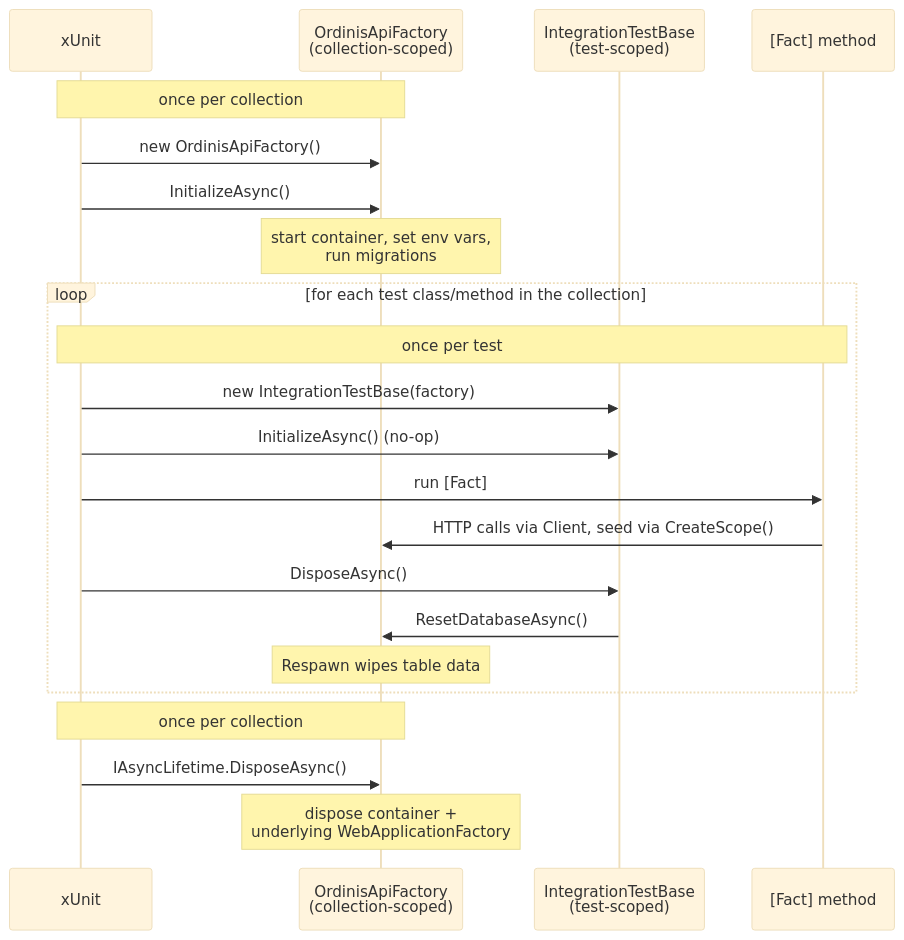
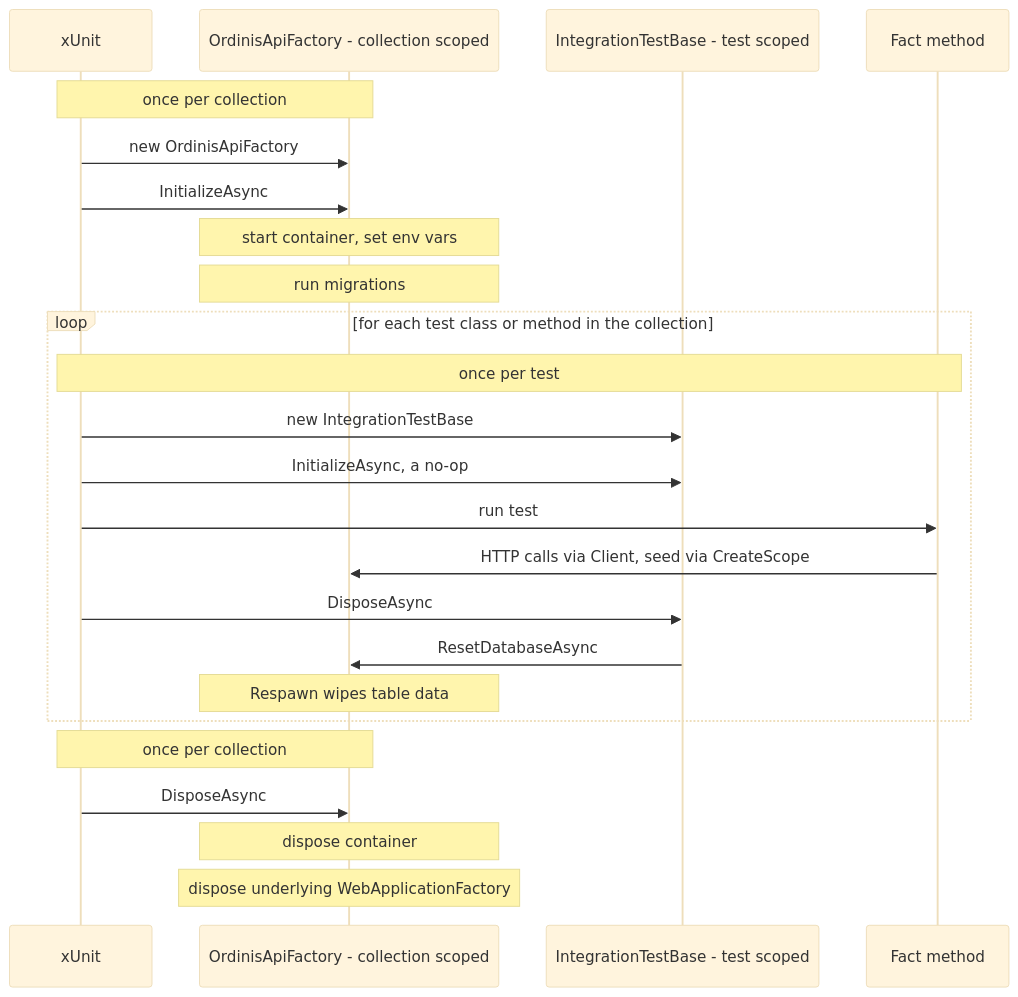
Before and after one commit to stachada/ProjectManagementApi: the second of 2 diagrams in docs/INTEGRATION_TESTS.md, drawn with Mermaid (base theme). The commit also changed other lines of this file, not shown here.

Commit message:
docs: fix Mermaid sequence diagrams in INTEGRATION_TESTS.md (#86)
GitHub's Mermaid renderer failed to parse the ConfigureWebHost and
fixture-lifecycle sequence diagrams due to <br/> tags and HTML entities
(&lt;/&gt;) inside Note/participant text. Replaced with plain text and
split multi-line notes into consecutive Note lines instead.

````diff
--- a/docs/INTEGRATION_TESTS.md
+++ b/docs/INTEGRATION_TESTS.md
@@ -148,27 +152,29 @@
 ```mermaid
 sequenceDiagram
     participant xUnit
-    participant Factory as OrdinisApiFactory<br/>(collection-scoped)
-    participant Base as IntegrationTestBase<br/>(test-scoped)
-    participant Test as [Fact] method
+    participant Factory as OrdinisApiFactory - collection scoped
+    participant Base as IntegrationTestBase - test scoped
+    participant Test as Fact method
 
     Note over xUnit,Factory: once per collection
-    xUnit->>Factory: new OrdinisApiFactory()
-    xUnit->>Factory: InitializeAsync()
-    Note over Factory: start container, set env vars,<br/>run migrations
+    xUnit->>Factory: new OrdinisApiFactory
+    xUnit->>Factory: InitializeAsync
+    Note over Factory: start container, set env vars
+    Note over Factory: run migrations
 
-    loop for each test class/method in the collection
+    loop for each test class or method in the collection
         Note over xUnit,Test: once per test
-        xUnit->>Base: new IntegrationTestBase(factory)
-        xUnit->>Base: InitializeAsync() (no-op)
-        xUnit->>Test: run [Fact]
-        Test->>Factory: HTTP calls via Client, seed via CreateScope()
-        xUnit->>Base: DisposeAsync()
-        Base->>Factory: ResetDatabaseAsync()
+        xUnit->>Base: new IntegrationTestBase
+        xUnit->>Base: InitializeAsync, a no-op
+        xUnit->>Test: run test
+        Test->>Factory: HTTP calls via Client, seed via CreateScope
+        xUnit->>Base: DisposeAsync
+        Base->>Factory: ResetDatabaseAsync
         Note over Factory: Respawn wipes table data
     end
 
     Note over xUnit,Factory: once per collection
-    xUnit->>Factory: IAsyncLifetime.DisposeAsync()
-    Note over Factory: dispose container +<br/>underlying WebApplicationFactory
+    xUnit->>Factory: DisposeAsync
+    Note over Factory: dispose container
+    Note over Factory: dispose underlying WebApplicationFactory
 ```
````
